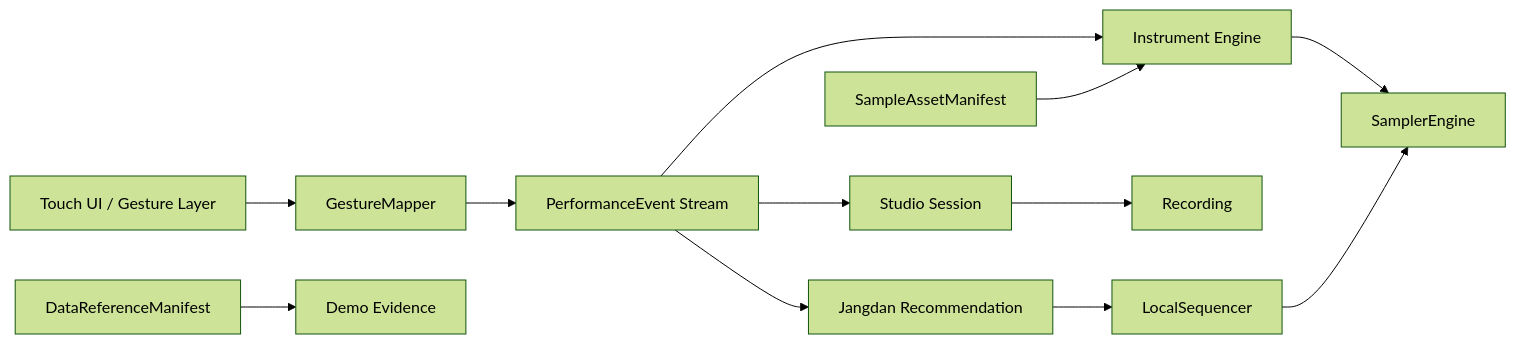
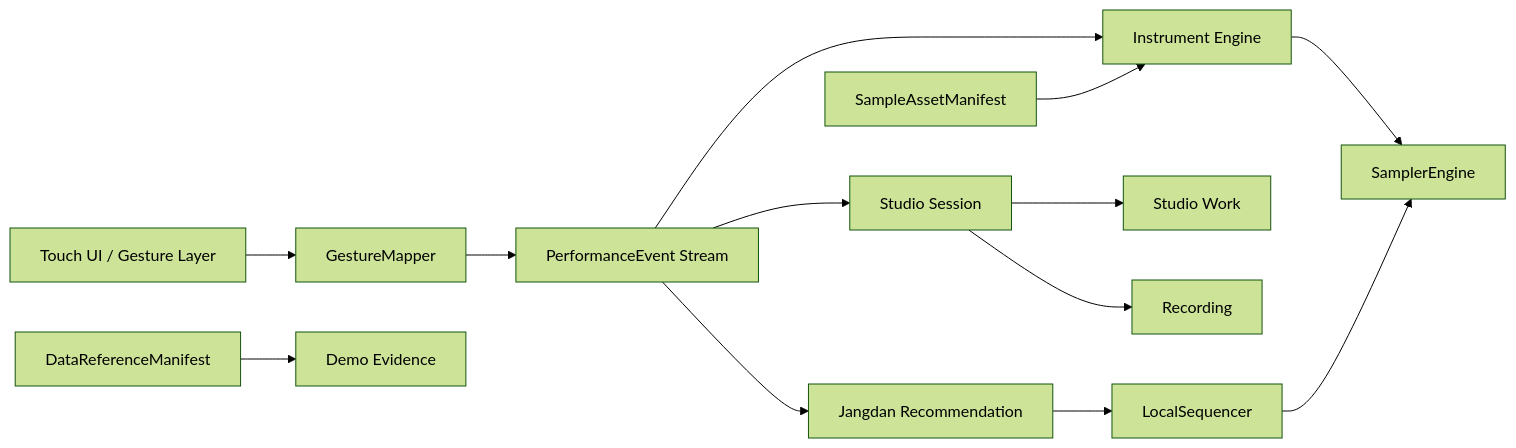
One commit to logan0741/GARAK-AI-Gugak-Studio changed the diagram in front/docs/domain/README.md. Above: the diagram before and after it, drawn with Mermaid (forest theme). The commit also changed other lines of this file and 8 other files, not shown here.

````diff
--- a/front/docs/domain/README.md
+++ b/front/docs/domain/README.md
@@ -22,14 +22,15 @@
 ```mermaid
 flowchart LR
     UI["Touch UI / Gesture Layer"] --> GM["GestureMapper"]
     GM --> PE["PerformanceEvent Stream"]
     PE --> IE["Instrument Engine"]
     PE --> SS["Studio Session"]
+    SS --> WORK["Studio Work"]
     PE --> JM["Jangdan Recommendation"]
     IE --> SE["SamplerEngine"]
     SS --> REC["Recording"]
     SAM["SampleAssetManifest"] --> IE
     DRM["DataReferenceManifest"] --> DEMO["Demo Evidence"]
     JM --> LS["LocalSequencer"]
     LS --> SE
 ```
````
